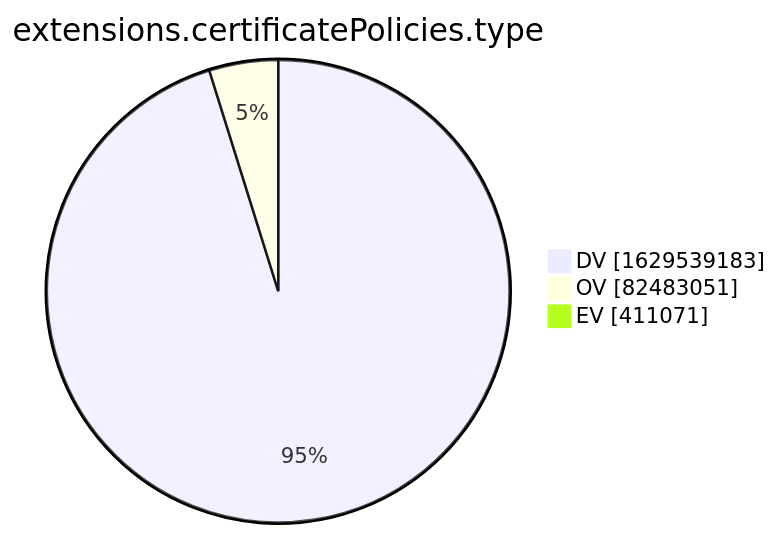
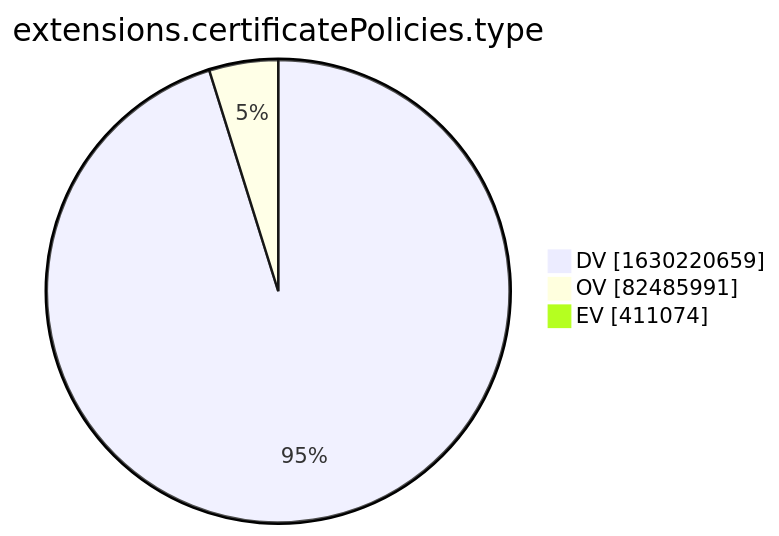
The tenth of 15 diagrams in xenon2022/README.md (christiankrug/ctmonitor_visualization), drawn with Mermaid before and after one commit. The commit also changed other lines of this file, not shown here.

````diff
--- a/xenon2022/README.md
+++ b/xenon2022/README.md
@@ -2878,7 +2878,7 @@
 ```mermaid
 pie showData
 title extensions.certificatePolicies.type
-"DV" :1629539183
-"OV" :82483051
-"EV" :411071
+"DV" :1630220659
+"OV" :82485991
+"EV" :411074
 ```
````
